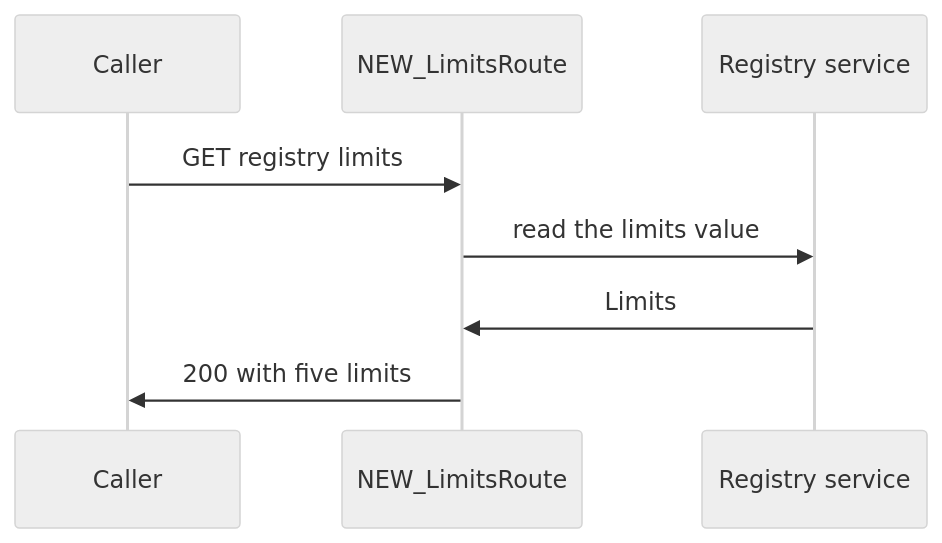
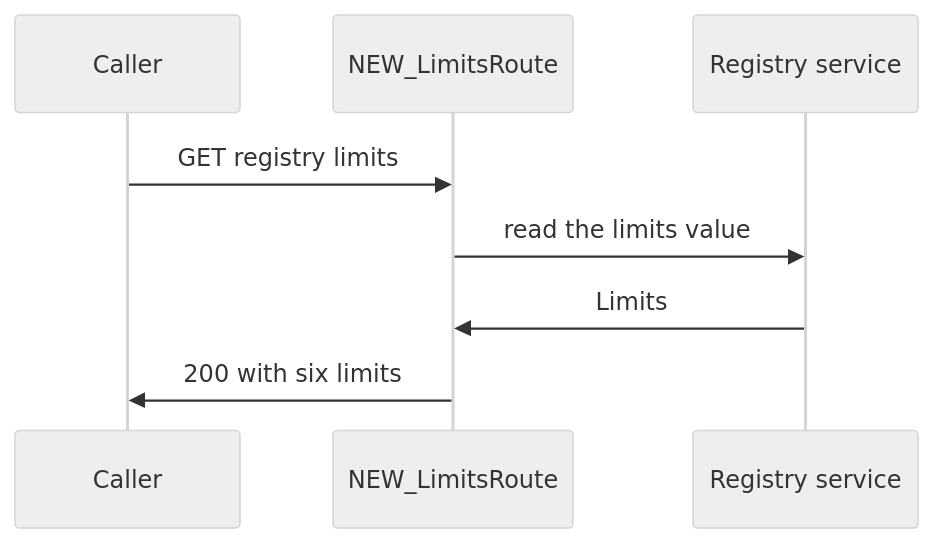
One commit to OpenDustpan/OpenDustpan changed the first of 2 diagrams in openspec/changes/registry-effective-limits/design.md. Above: the diagram before and after it, drawn with Mermaid (neutral theme). The commit also changed other lines of this file and 7 other files, not shown here.

````diff
--- a/openspec/changes/registry-effective-limits/design.md
+++ b/openspec/changes/registry-effective-limits/design.md
@@ -31,10 +31,10 @@
 ```mermaid
 sequenceDiagram
 participant Client as Caller
 participant Route as NEW_LimitsRoute
 participant Svc as Registry service
 Client->>Route: GET registry limits
 Route->>Svc: read the limits value
 Svc->>Route: Limits
-Route->>Client: 200 with five limits
+Route->>Client: 200 with six limits
 ```
````
